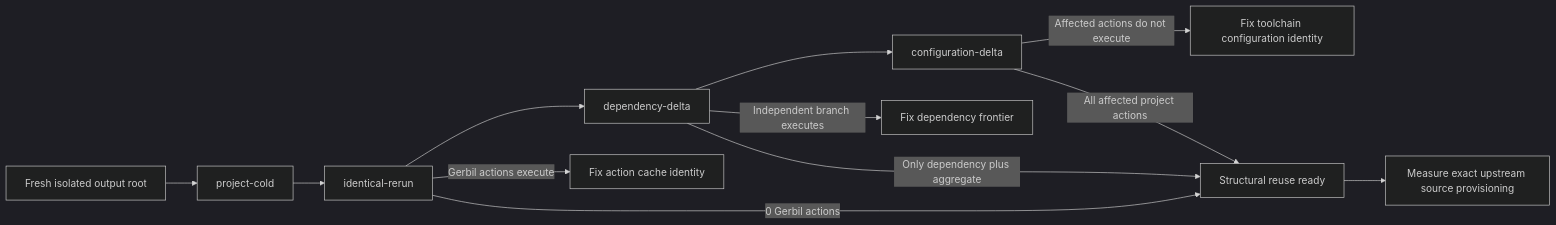
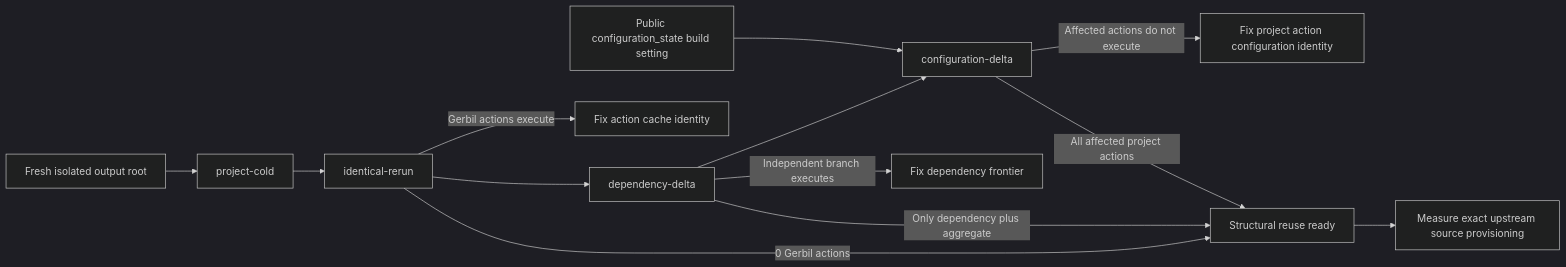
One commit to tao3k/gerbil-bazel changed the first of 2 diagrams in docs/rfc/0006-build-scenario-receipt-v1.org. Above: the diagram before and after it, drawn with Mermaid (dark theme). The commit also changed other lines of this file and 16 other files, not shown here.

```diff
--- a/docs/rfc/0006-build-scenario-receipt-v1.org
+++ b/docs/rfc/0006-build-scenario-receipt-v1.org
@@ -26,14 +26,15 @@
 #+begin_src mermaid
 flowchart LR
   A["Fresh isolated output root"] --> B["project-cold"]
   B --> C["identical-rerun"]
   C --> D["dependency-delta"]
   D --> E["configuration-delta"]
   C -->|"Gerbil actions execute"| X["Fix action cache identity"]
   D -->|"Independent branch executes"| Y["Fix dependency frontier"]
-  E -->|"Affected actions do not execute"| Z["Fix toolchain configuration identity"]
+  S["Public configuration_state build setting"] --> E
+  E -->|"Affected actions do not execute"| Z["Fix project action configuration identity"]
   C -->|"0 Gerbil actions"| F["Structural reuse ready"]
   D -->|"Only dependency plus aggregate"| F
   E -->|"All affected project actions"| F
   F --> G["Measure exact upstream source provisioning"]
 #+end_src
```
